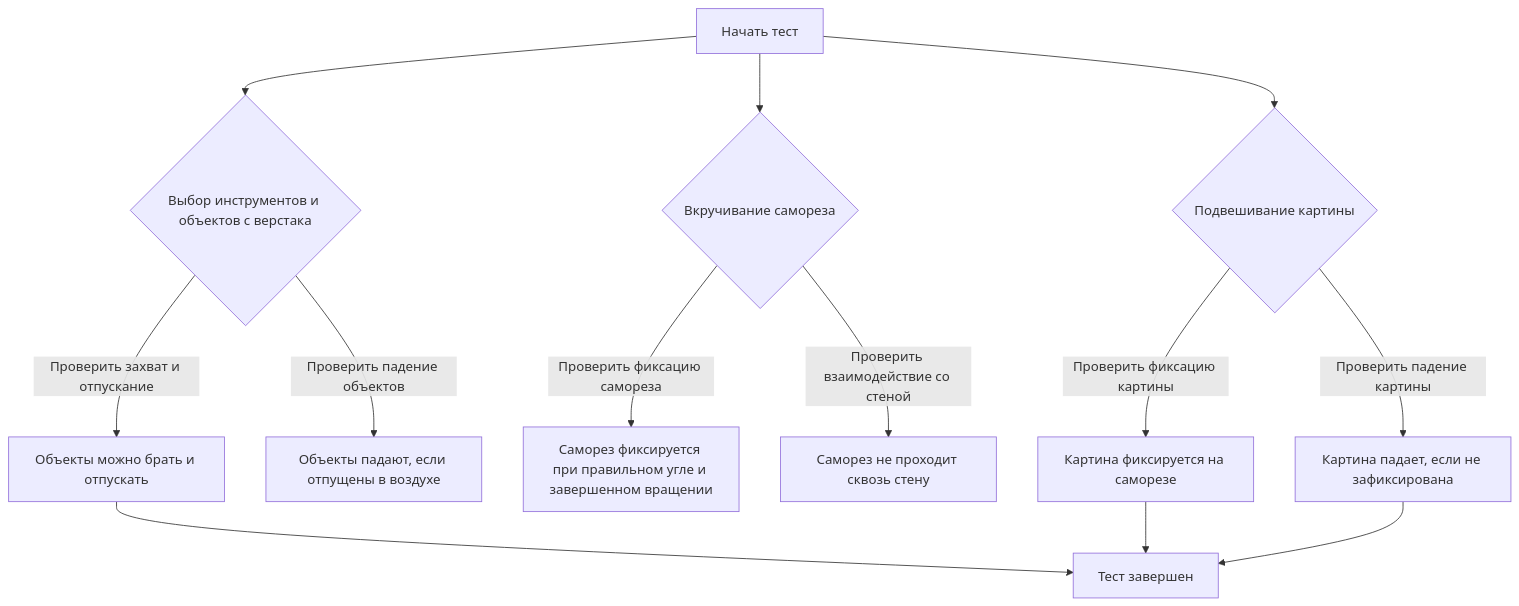
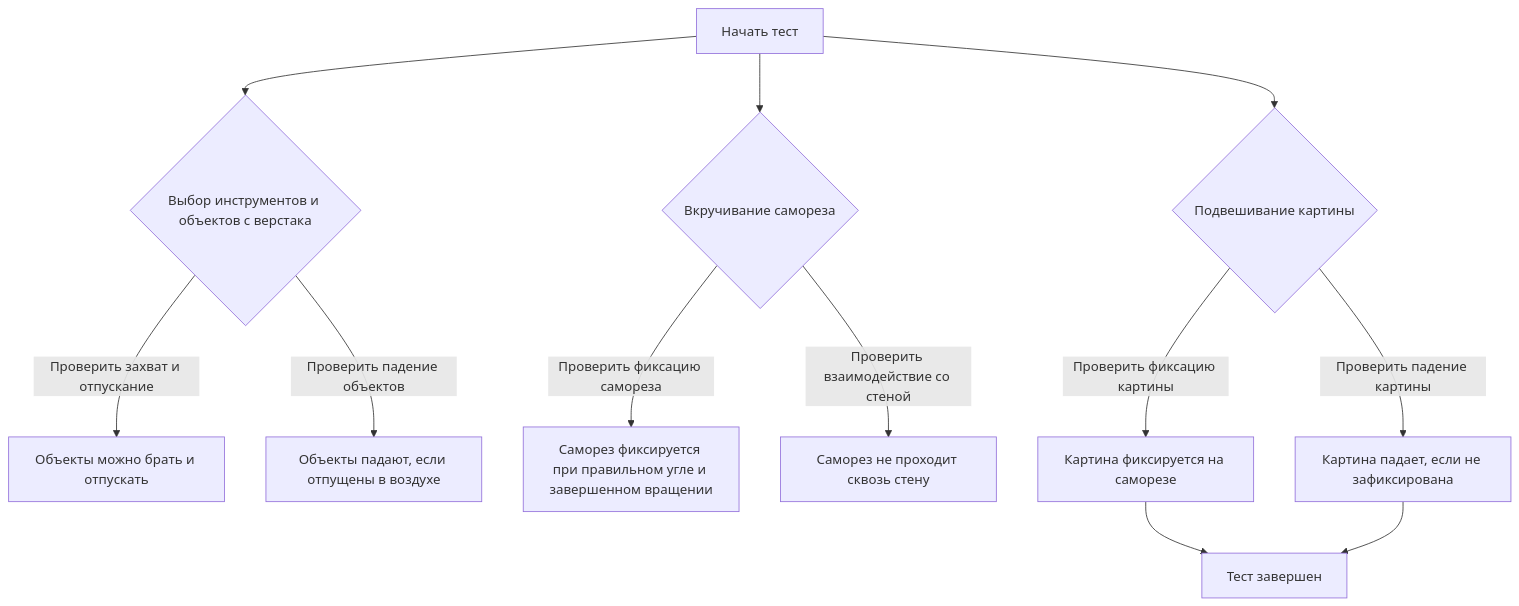
The diagram in all/не называться-1.md (NerdyCep/iodraw-files), drawn with Mermaid before and after one commit.

Commit message:
2025-02-25 18:38:17 update

````diff
--- a/all/не называться-1.md
+++ b/all/не называться-1.md
@@ -1,19 +1,19 @@
 ```mermaid
 graph TD
     A[Начать тест] --> B{Выбор инструментов и объектов с верстака}
     B -->|Проверить захват и отпускание| C[Объекты можно брать и отпускать]
     B -->|Проверить падение объектов| D[Объекты падают, если отпущены в воздухе]
 
     A --> E{Вкручивание самореза}
     E -->|Проверить фиксацию самореза| F[Саморез фиксируется при правильном угле и завершенном вращении]
     E -->|Проверить взаимодействие со стеной| G[Саморез не проходит сквозь стену]
 
     A --> H{Подвешивание картины}
     H -->|Проверить фиксацию картины| I[Картина фиксируется на саморезе]
     H -->|Проверить падение картины| J[Картина падает, если не зафиксирована]
 
-    C --> K[Тест завершен]
     
-    I --> K
+    
+    I --> K[Тест завершен]
     J --> K
 ```
````
